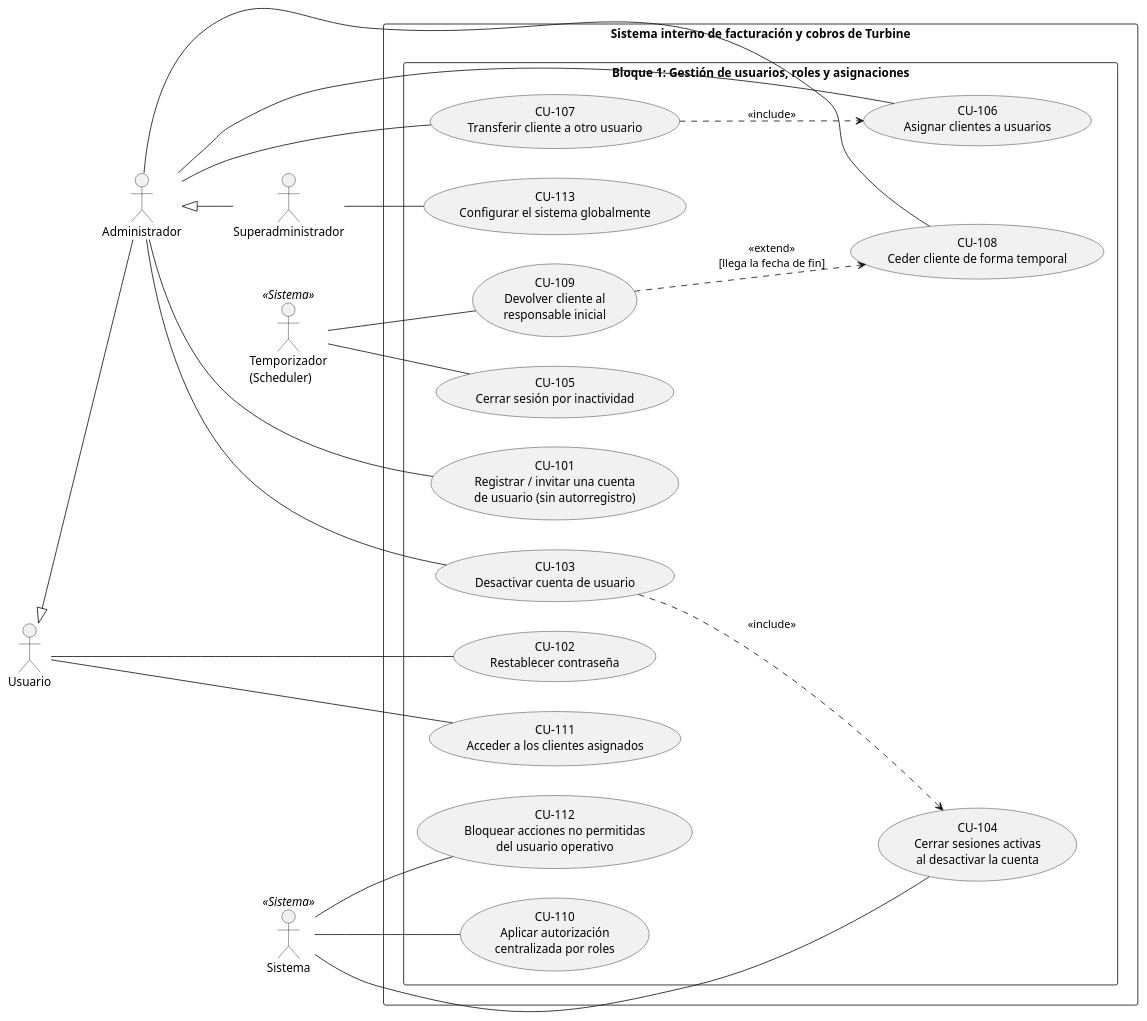
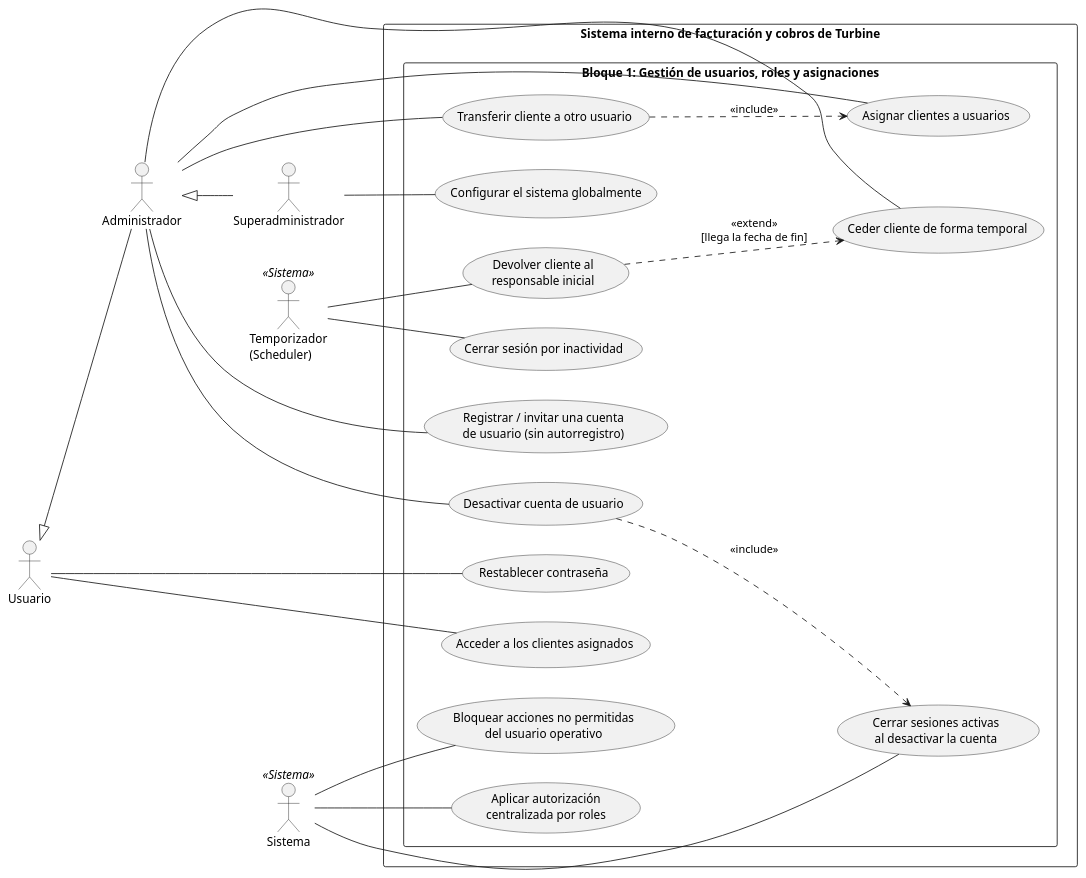
The diagram in Casos de uso/DiagramaCasos1.puml (Daniii004/Grupo-Leibniz), drawn with PlantUML before and after one commit. The commit also changed 6 other files, not shown here.

Commit message:
Arreglos para que todos los diagramas tengan el mismo formato

```diff
--- a/Casos de uso/DiagramaCasos1.puml
+++ b/Casos de uso/DiagramaCasos1.puml
@@ -1,72 +1,72 @@
 @startuml
 left to right direction
 skinparam packageStyle rectangle
 
 ' --- ACTORES ---
 actor "Usuario" as Usuario
 actor "Administrador" as Admin
 actor "Superadministrador" as SuperAdmin
 actor "Sistema" as Sistema <<Sistema>>
 actor "Temporizador\n(Scheduler)" as Timer <<Sistema>>
 
 ' Herencia de permisos: el administrador puede hacer lo del usuario
 ' y el superadministrador, lo del administrador
 Usuario <|-- Admin
 Admin <|-- SuperAdmin
 
 rectangle "Sistema interno de facturación y cobros de Turbine" {
 
     package "Bloque 1: Gestión de usuarios, roles y asignaciones" {
 
         ' Cuentas de usuario (FR1)
-        usecase "CU-101\nRegistrar / invitar una cuenta\nde usuario (sin autorregistro)" as CU101
-        usecase "CU-102\nRestablecer contraseña" as CU102
-        usecase "CU-103\nDesactivar cuenta de usuario" as CU103
-        usecase "CU-104\nCerrar sesiones activas\nal desactivar la cuenta" as CU104
-        usecase "CU-105\nCerrar sesión por inactividad" as CU105
+        usecase "Registrar / invitar una cuenta\nde usuario (sin autorregistro)" as CU101
+        usecase "Restablecer contraseña" as CU102
+        usecase "Desactivar cuenta de usuario" as CU103
+        usecase "Cerrar sesiones activas\nal desactivar la cuenta" as CU104
+        usecase "Cerrar sesión por inactividad" as CU105
 
         ' Asignación de clientes (FR2)
-        usecase "CU-106\nAsignar clientes a usuarios" as CU106
-        usecase "CU-107\nTransferir cliente a otro usuario" as CU107
-        usecase "CU-108\nCeder cliente de forma temporal" as CU108
-        usecase "CU-109\nDevolver cliente al\nresponsable inicial" as CU109
+        usecase "Asignar clientes a usuarios" as CU106
+        usecase "Transferir cliente a otro usuario" as CU107
+        usecase "Ceder cliente de forma temporal" as CU108
+        usecase "Devolver cliente al\nresponsable inicial" as CU109
 
         ' Autorización por roles (FR3)
-        usecase "CU-110\nAplicar autorización\ncentralizada por roles" as CU110
-        usecase "CU-111\nAcceder a los clientes asignados" as CU111
-        usecase "CU-112\nBloquear acciones no permitidas\ndel usuario operativo" as CU112
-        usecase "CU-113\nConfigurar el sistema globalmente" as CU113
+        usecase "Aplicar autorización\ncentralizada por roles" as CU110
+        usecase "Acceder a los clientes asignados" as CU111
+        usecase "Bloquear acciones no permitidas\ndel usuario operativo" as CU112
+        usecase "Configurar el sistema globalmente" as CU113
     }
 }
 
 ' --- RELACIONES ENTRE CASOS DE USO ---
 CU103 ..> CU104 : <<include>>
 CU107 ..> CU106 : <<include>>
 
 ' Extensiones (la flecha parte del caso que extiende)
 CU109 ..> CU108 : <<extend>>\n[llega la fecha de fin]
 
 ' --- ASOCIACIONES ACTOR - CASO DE USO ---
 
 ' Usuario
 Usuario -- CU102
 Usuario -- CU111
 
 ' Administrador
 Admin -- CU101
 Admin -- CU103
 Admin -- CU106
 Admin -- CU107
 Admin -- CU108
 
 ' Superadministrador
 SuperAdmin -- CU113
 
 ' Procesos automáticos
 Sistema -- CU104
 Sistema -- CU110
 Sistema -- CU112
 Timer -- CU105
 Timer -- CU109
 
 @enduml
```
